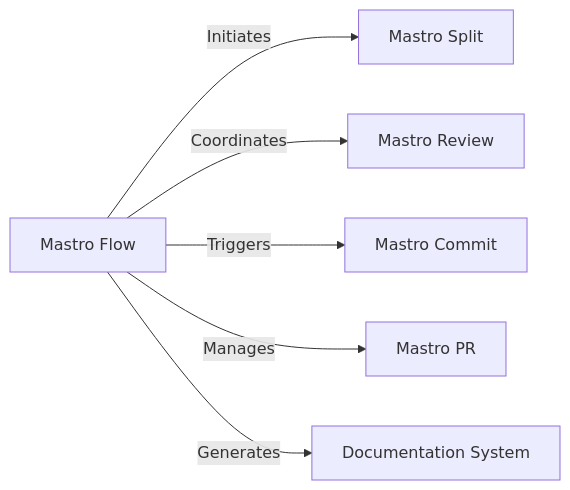
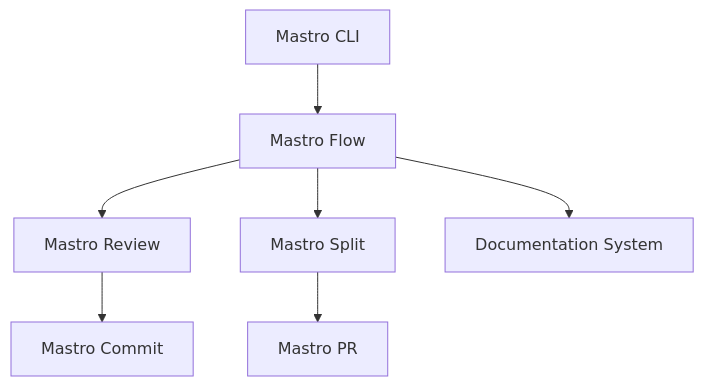
Before and after one commit to geogoesbeepboop/mastro: the second of 3 diagrams in docs/ARCHITECTURE.md, drawn with Mermaid. The commit also changed other lines of this file and 5 other files, not shown here.

````diff
--- a/docs/ARCHITECTURE.md
+++ b/docs/ARCHITECTURE.md
@@ -130,8 +135,9 @@
 ```mermaid
-graph LR;
-    A[Mastro Flow] -->|Initiates| B[Mastro Split]
-    A -->|Coordinates| C[Mastro Review]
-    A -->|Triggers| D[Mastro Commit]
-    A -->|Manages| E[Mastro PR]
-    A -->|Generates| F[Documentation System]
+graph TD;
+    A[Mastro CLI] --> B[Mastro Flow];
+    B --> C[Mastro Review];
+    B --> D[Mastro Split];
+    C --> E[Mastro Commit];
+    D --> F[Mastro PR];
+    B --> G[Documentation System];
 ```
````
